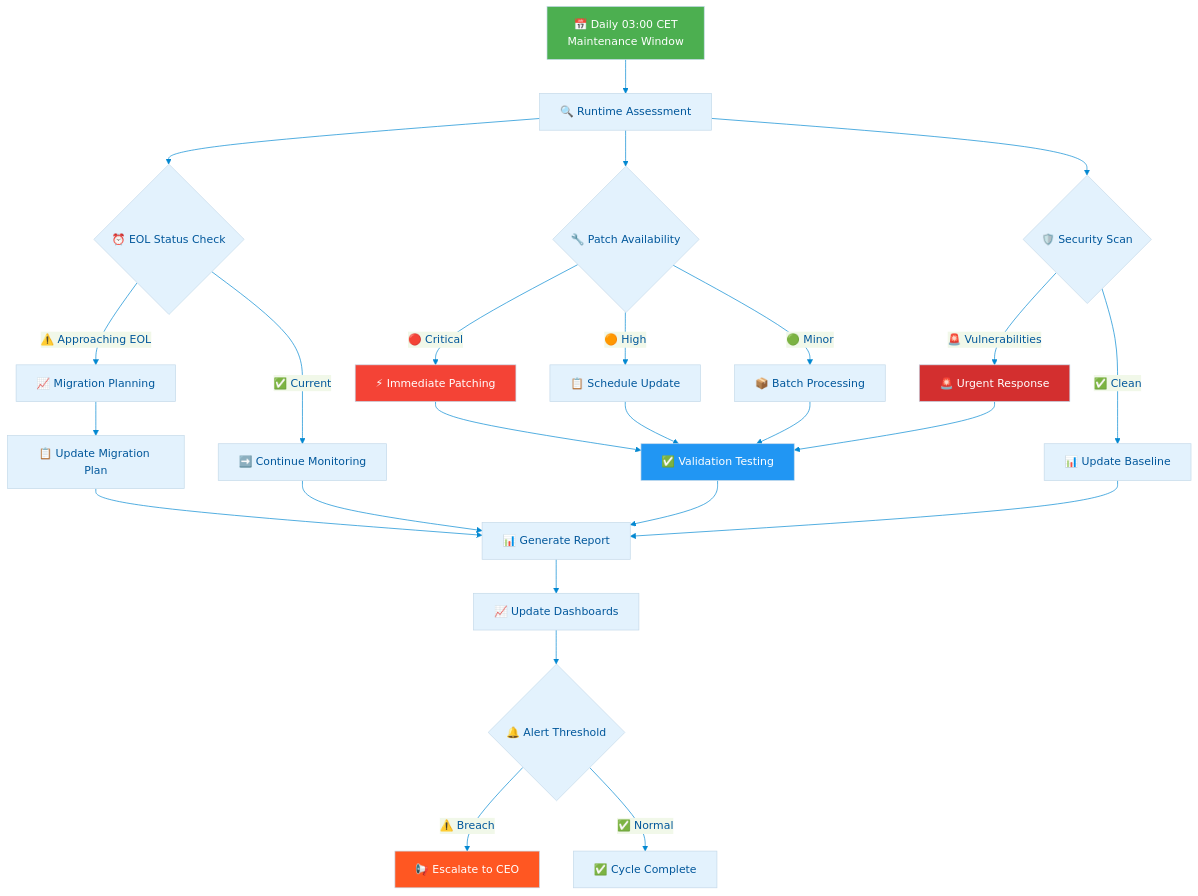
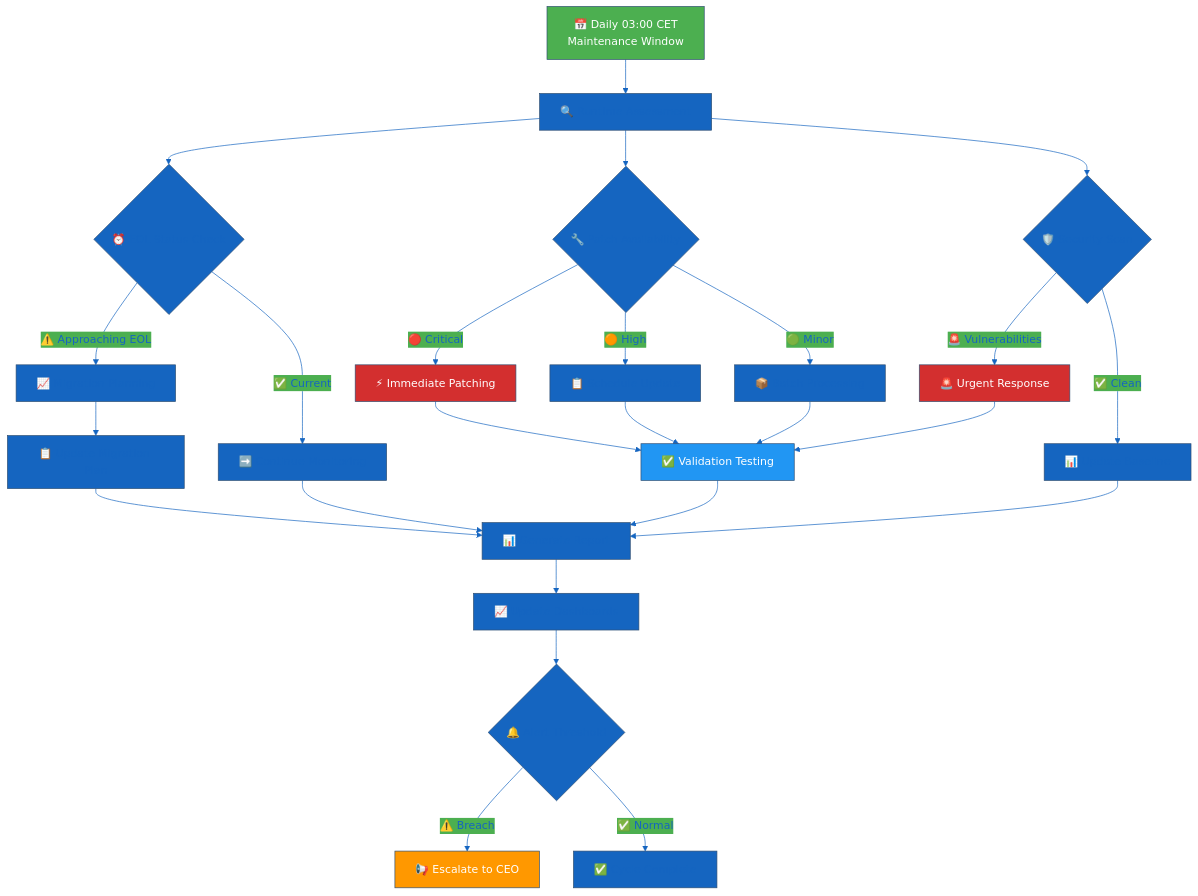
Before and after one commit to Hack23/ISMS-PUBLIC: the second of 5 diagrams in Vulnerability_Management.md, drawn with Mermaid. The commit also changed other lines of this file, not shown here.

````diff
--- a/Vulnerability_Management.md
+++ b/Vulnerability_Management.md
@@ -343,53 +371,53 @@
 ```mermaid
 %%{
   init: {
     'theme': 'base',
     'themeVariables': {
-      'primaryColor': '#e3f2fd',
-      'primaryTextColor': '#01579b',
-      'lineColor': '#0288d1',
-      'secondaryColor': '#f1f8e9',
-      'tertiaryColor': '#fff8e1'
+      'primaryColor': '#1565C0',
+      'primaryTextColor': '#1565C0',
+      'lineColor': '#1565C0',
+      'secondaryColor': '#4CAF50',
+      'tertiaryColor': '#FFC107'
     }
   }
 }%%
 flowchart TD
     SCHEDULE[📅 Daily 03:00 CET<br/>Maintenance Window] --> ASSESS[🔍 Runtime Assessment]
     
     ASSESS --> EOL_CHECK{⏰ EOL Status Check}
     ASSESS --> PATCH_CHECK{🔧 Patch Availability}
     ASSESS --> SECURITY_CHECK{🛡️ Security Scan}
     
     EOL_CHECK -->|⚠️ Approaching EOL| EOL_ACTION[📈 Migration Planning]
     EOL_CHECK -->|✅ Current| CONTINUE[➡️ Continue Monitoring]
     
     PATCH_CHECK -->|🔴 Critical| IMMEDIATE[⚡ Immediate Patching]
     PATCH_CHECK -->|🟠 High| SCHEDULED[📋 Schedule Update]
     PATCH_CHECK -->|🟢 Minor| BATCH[📦 Batch Processing]
     
     SECURITY_CHECK -->|🚨 Vulnerabilities| URGENT[🚨 Urgent Response]
     SECURITY_CHECK -->|✅ Clean| BASELINE[📊 Update Baseline]
     
     IMMEDIATE --> VALIDATE[✅ Validation Testing]
     SCHEDULED --> VALIDATE
     BATCH --> VALIDATE
     URGENT --> VALIDATE
     EOL_ACTION --> PLANNING[📋 Update Migration Plan]
     
     VALIDATE --> REPORT[📊 Generate Report]
     PLANNING --> REPORT
     BASELINE --> REPORT
     CONTINUE --> REPORT
     
     REPORT --> METRICS[📈 Update Dashboards]
     METRICS --> ALERT{🔔 Alert Threshold}
     
     ALERT -->|⚠️ Breach| ESCALATE[📢 Escalate to CEO]
     ALERT -->|✅ Normal| COMPLETE[✅ Cycle Complete]
     
-    style SCHEDULE fill:#4caf50,color:#fff
-    style IMMEDIATE fill:#f44336,color:#fff
-    style URGENT fill:#d32f2f,color:#fff
-    style VALIDATE fill:#2196f3,color:#fff
-    style ESCALATE fill:#ff5722,color:#fff
+    style SCHEDULE fill:#4CAF50,color:#fff
+    style IMMEDIATE fill:#D32F2F,color:#fff
+    style URGENT fill:#D32F2F,color:#fff
+    style VALIDATE fill:#2196F3,color:#fff
+    style ESCALATE fill:#FF9800,color:#fff
 ```
````
